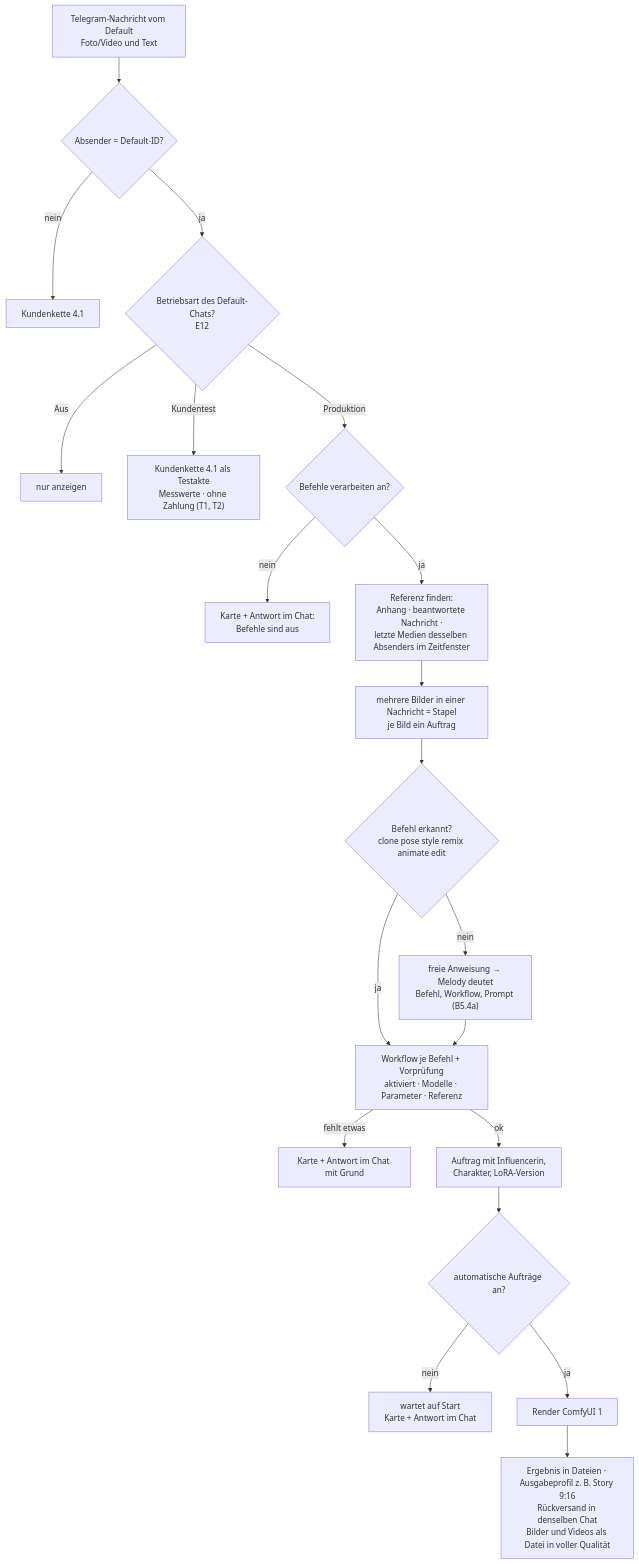
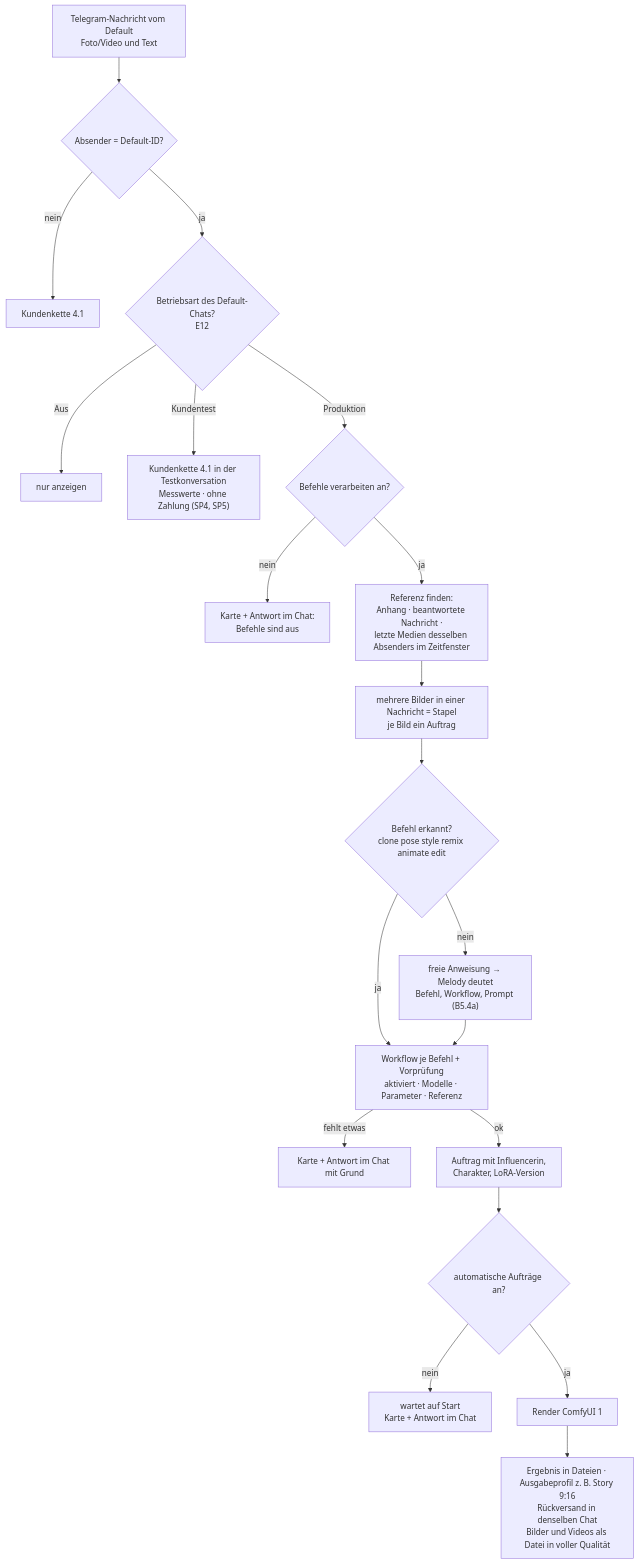
One commit to sawyerma/Darkfluenzer changed the third of 3 diagrams in docs/PHASENPLAN_BACKEND.md. Above: the diagram before and after it, drawn with Mermaid. The commit also changed other lines of this file and 2 other files, not shown here.

````diff
--- a/docs/PHASENPLAN_BACKEND.md
+++ b/docs/PHASENPLAN_BACKEND.md
@@ -231,22 +231,22 @@
 ```mermaid
 flowchart TD
   A["Telegram-Nachricht vom Default<br/>Foto/Video und Text"] --> B{"Absender = Default-ID?"}
   B -- nein --> K["Kundenkette 4.1"]
   B -- ja --> BA{"Betriebsart des Default-Chats?<br/>E12"}
   BA -- Aus --> BA0["nur anzeigen"]
-  BA -- Kundentest --> BT["Kundenkette 4.1 als Testakte<br/>Messwerte · ohne Zahlung (T1, T2)"]
+  BA -- Kundentest --> BT["Kundenkette 4.1 in der Testkonversation<br/>Messwerte · ohne Zahlung (SP4, SP5)"]
   BA -- Produktion --> C{"Befehle verarbeiten an?"}
   C -- nein --> C1["Karte + Antwort im Chat:<br/>Befehle sind aus"]
   C -- ja --> D["Referenz finden:<br/>Anhang · beantwortete Nachricht ·<br/>letzte Medien desselben Absenders im Zeitfenster"]
   D --> D2["mehrere Bilder in einer Nachricht = Stapel<br/>je Bild ein Auftrag"]
   D2 --> E{"Befehl erkannt?<br/>clone pose style remix animate edit"}
   E -- nein --> E1["freie Anweisung → Melody deutet<br/>Befehl, Workflow, Prompt (B5.4a)"]
   E -- ja --> G
   E1 --> G["Workflow je Befehl + Vorprüfung<br/>aktiviert · Modelle · Parameter · Referenz"]
   G -- fehlt etwas --> G1["Karte + Antwort im Chat mit Grund"]
   G -- ok --> H["Auftrag mit Influencerin,<br/>Charakter, LoRA-Version"]
   H --> I{"automatische Aufträge an?"}
   I -- nein --> I1["wartet auf Start<br/>Karte + Antwort im Chat"]
   I -- ja --> J["Render ComfyUI 1"]
   J --> L["Ergebnis in Dateien · Ausgabeprofil z. B. Story 9:16<br/>Rückversand in denselben Chat<br/>Bilder und Videos als Datei in voller Qualität"]
 ```
````
